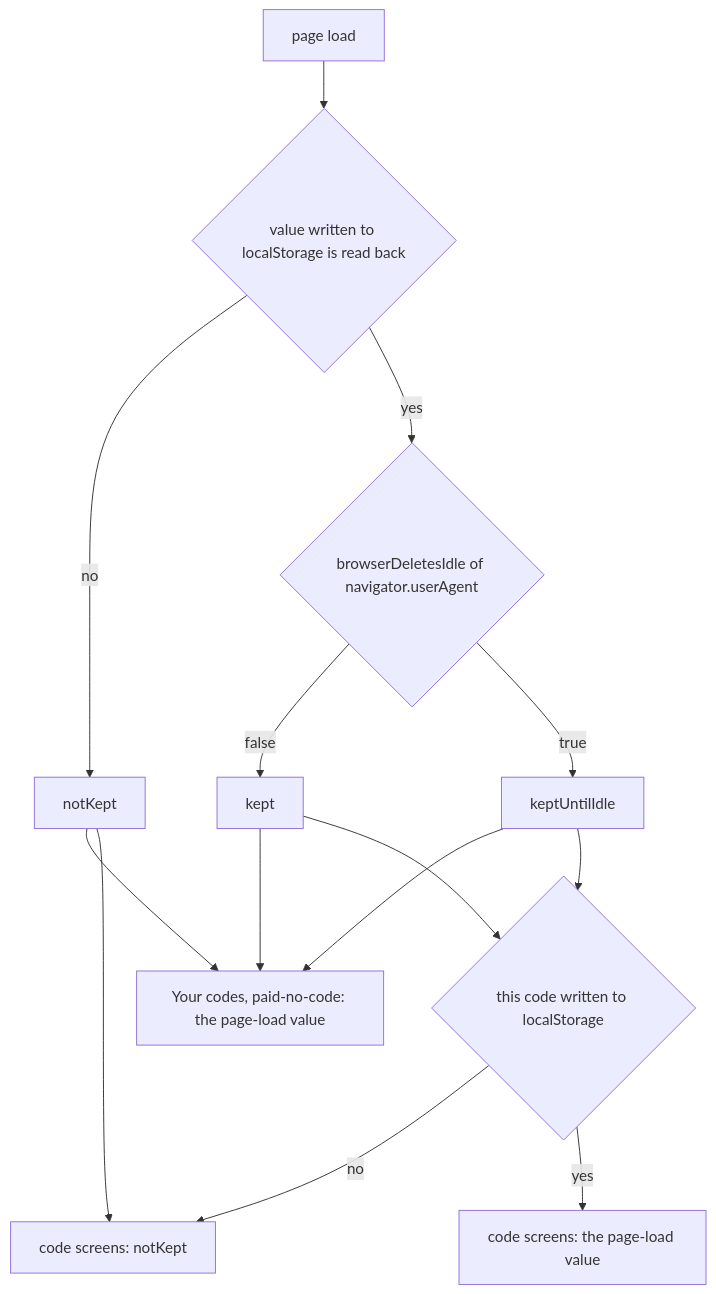
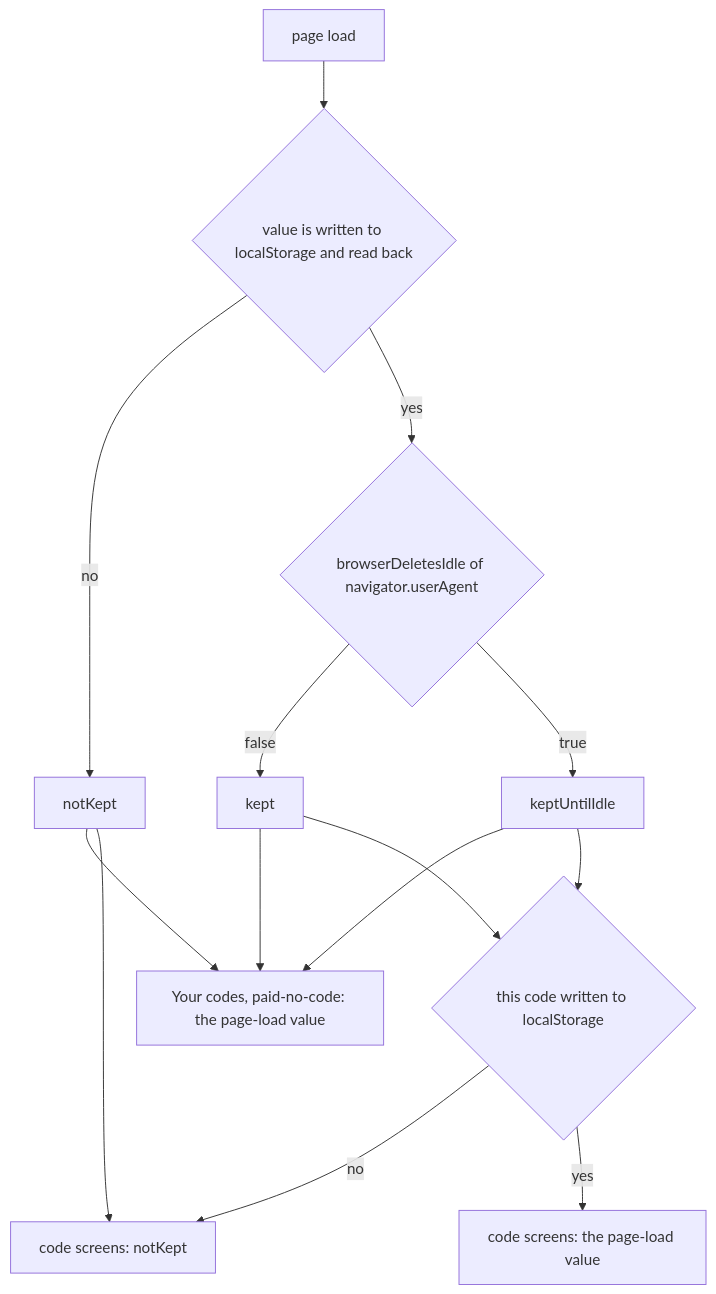
One commit to simplex-chat/simplex-chat changed the diagram in plans/2026-11-17-badges-browser-deletes-codes.md. Above: the diagram before and after it, drawn with Mermaid. The commit also changed other lines of this file, not shown here.

Commit message:
plans: badges notKept when localStorage refuses the write

````diff
--- a/plans/2026-11-17-badges-browser-deletes-codes.md
+++ b/plans/2026-11-17-badges-browser-deletes-codes.md
@@ -51,16 +50,16 @@
 ```mermaid
 flowchart TD
-  load[page load] --> w0{value written to localStorage is read back}
+  load[page load] --> w0{value is written to localStorage and read back}
   w0 -->|no| nk[notKept]
   w0 -->|yes| d{browserDeletesIdle of navigator.userAgent}
   d -->|false| k[kept]
   d -->|true| u[keptUntilIdle]
   nk --> other[Your codes, paid-no-code: the page-load value]
   k --> other
   u --> other
   nk --> csn[code screens: notKept]
   k --> cw{this code written to localStorage}
   u --> cw
   cw -->|no| csn
   cw -->|yes| same[code screens: the page-load value]
 ```
````
